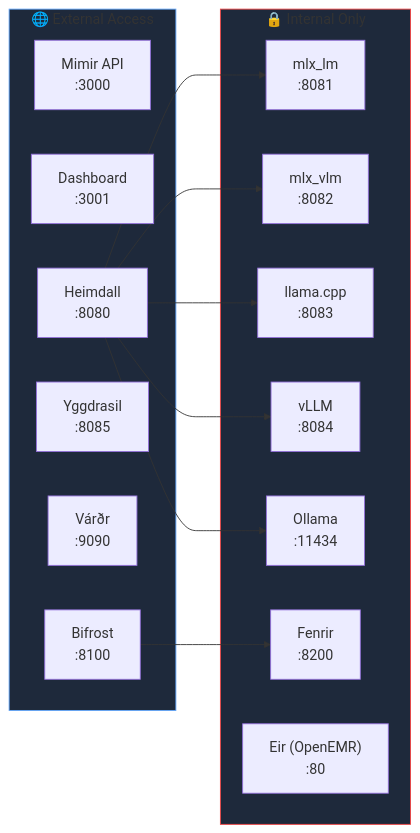
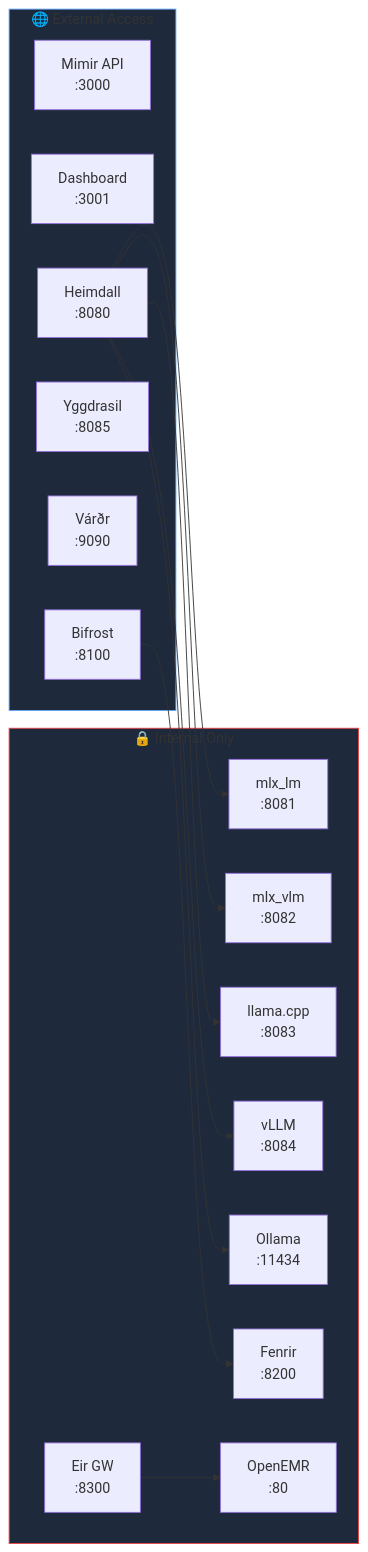
Before and after one commit to MegaWiz-Dev-Team/Asgard: the ninth of 9 diagrams in docs/architecture.md, drawn with Mermaid. The commit also changed other lines of this file and 30 other files, not shown here.

````diff
--- a/docs/architecture.md
+++ b/docs/architecture.md
@@ -343,31 +425,33 @@
 ```mermaid
 graph LR
     subgraph exposed["🌐 External Access"]
         P3000["Mimir API<br/>:3000"]
         P3001["Dashboard<br/>:3001"]
         P8080["Heimdall<br/>:8080"]
         P8085["Yggdrasil<br/>:8085"]
         P9090["Várðr<br/>:9090"]
         P8100["Bifrost<br/>:8100"]
     end
 
     subgraph internal["🔒 Internal Only"]
         P8081["mlx_lm<br/>:8081"]
         P8082["mlx_vlm<br/>:8082"]
         P8083["llama.cpp<br/>:8083"]
         P8084["vLLM<br/>:8084"]
         P11434["Ollama<br/>:11434"]
         P8200["Fenrir<br/>:8200"]
-        P80["Eir (OpenEMR)<br/>:80"]
+        P80["OpenEMR<br/>:80"]
+        P8300["Eir GW<br/>:8300"]
     end
 
+    P8300 --> P80
     P8080 --> P8081
     P8080 --> P8082
     P8080 --> P8083
     P8080 --> P8084
     P8080 --> P11434
     P8100 --> P8200
 
     style exposed fill:#1e293b,stroke:#60a5fa
     style internal fill:#1e293b,stroke:#ef4444
 ```
````
